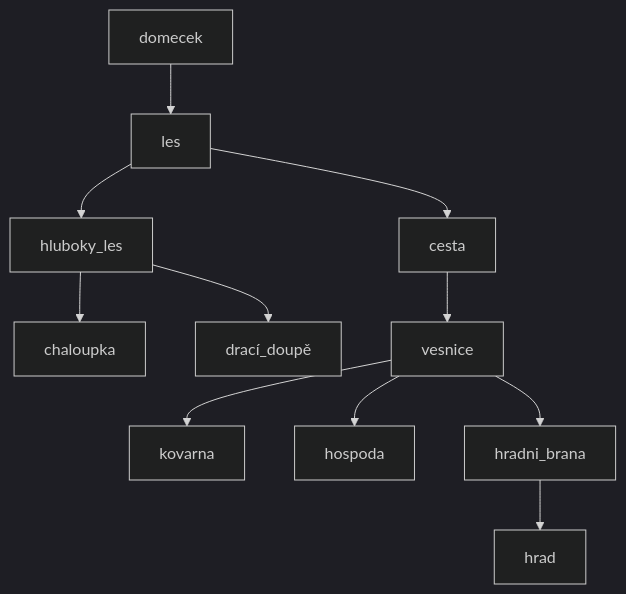
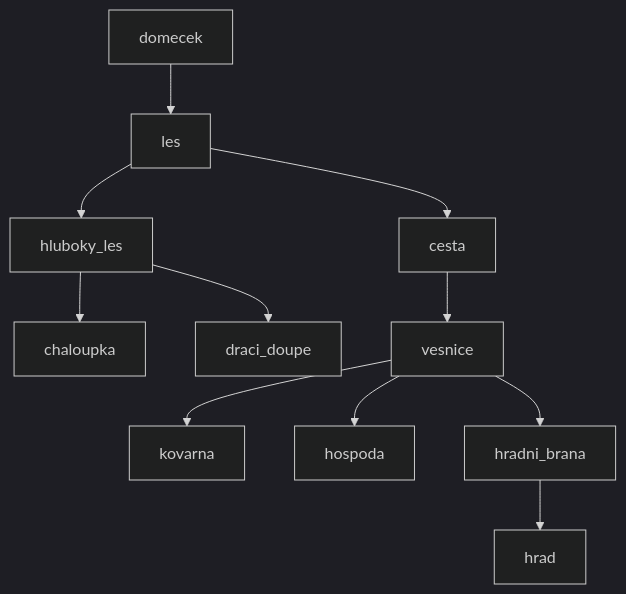
One commit to JanKornienko/adventura changed the diagram in README.md. Above: the diagram before and after it, drawn with Mermaid (dark theme).

````diff
--- a/README.md
+++ b/README.md
@@ -9,13 +9,13 @@
 ```mermaid
 flowchart TD
     A[domecek] --> B[les]
     B --> C[hluboky_les]
     B --> G[cesta]
     C --> D[chaloupka]
-    C --> E[drací_doupě]
+    C --> E[draci_doupe]
     G --> H[vesnice]
     H --> I[kovarna]
     H --> J[hospoda]
     H --> K[hradni_brana]
     K --> L[hrad]
 ```
````
